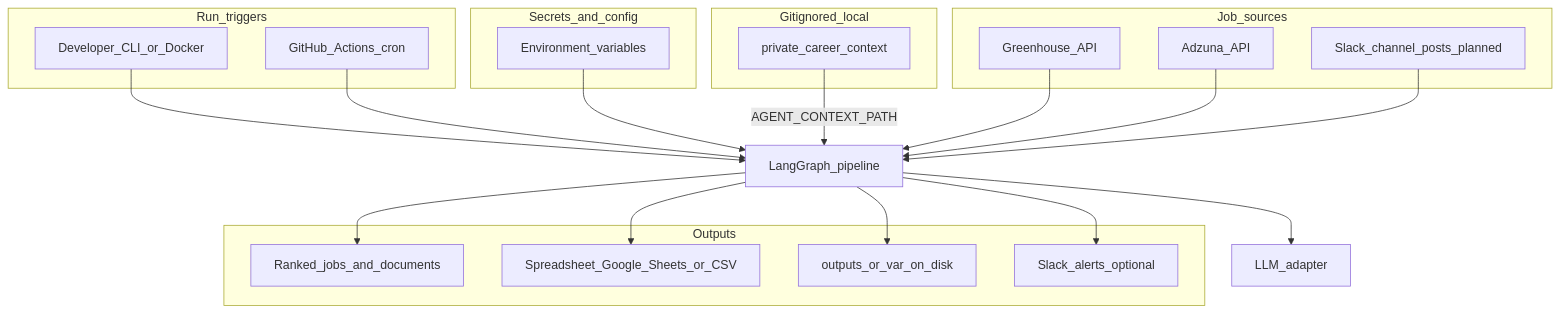
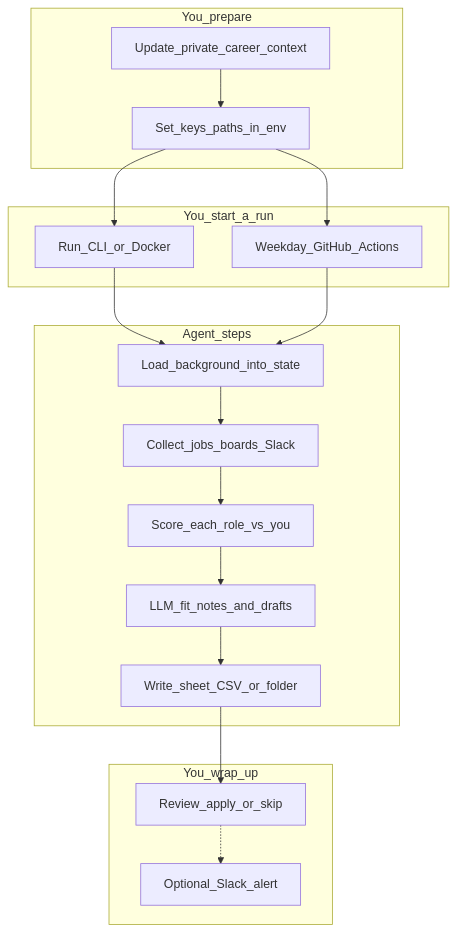
The diagram in README.md (ravigahlla/pm-job-agent), drawn with Mermaid before and after one commit. The commit also changed other lines of this file, not shown here.

Commit message:
updated readme diagram

````diff
--- a/README.md
+++ b/README.md
@@ -13,45 +13,37 @@
 ```mermaid
 flowchart TB
-  subgraph trigger [Run_triggers]
-    dev[Developer_CLI_or_Docker]
-    cron[GitHub_Actions_cron]
+  subgraph prep [You_prepare]
+    writeContext[Update_private_career_context]
+    writeEnv[Set_keys_paths_in_env]
   end
 
-  subgraph secrets [Secrets_and_config]
-    envVars[Environment_variables]
+  subgraph start [You_start_a_run]
+    manual[Run_CLI_or_Docker]
+    scheduled[Weekday_GitHub_Actions]
   end
 
-  subgraph localOnly [Gitignored_local]
-    career[private_career_context]
+  subgraph pipeline [Agent_steps]
+    loadBg[Load_background_into_state]
+    gather[Collect_jobs_boards_Slack]
+    rank[Score_each_role_vs_you]
+    draft[LLM_fit_notes_and_drafts]
+    persist[Write_sheet_CSV_or_folder]
   end
 
-  subgraph jobSources [Job_sources]
-    ghAPI[Greenhouse_API]
-    adzAPI[Adzuna_API]
-    slackIn[Slack_channel_posts_planned]
+  subgraph wrap [You_wrap_up]
+    triage[Review_apply_or_skip]
+    optionalPing[Optional_Slack_alert]
   end
 
-  langGraph[LangGraph_pipeline]
-
-  llm[LLM_adapter]
-
-  subgraph out [Outputs]
-    artifacts[Ranked_jobs_and_documents]
-    sheets[Spreadsheet_Google_Sheets_or_CSV]
-    optionalOut["outputs_or_var_on_disk"]
-    slackNotify[Slack_alerts_optional]
-  end
-
-  dev --> langGraph
-  cron --> langGraph
-  envVars --> langGraph
-  career -->|"AGENT_CONTEXT_PATH"| langGraph
-  ghAPI --> langGraph
-  adzAPI --> langGraph
-  slackIn --> langGraph
-  langGraph --> llm
-  langGraph --> artifacts
-  langGraph --> sheets
-  langGraph --> optionalOut
-  langGraph --> slackNotify
+  writeContext --> writeEnv
+  writeEnv --> manual
+  writeEnv --> scheduled
+  manual --> loadBg
+  scheduled --> loadBg
+  loadBg --> gather
+  gather --> rank
+  rank --> draft
+  draft --> persist
+  persist --> triage
+  triage -.-> optionalPing
 ```
````
